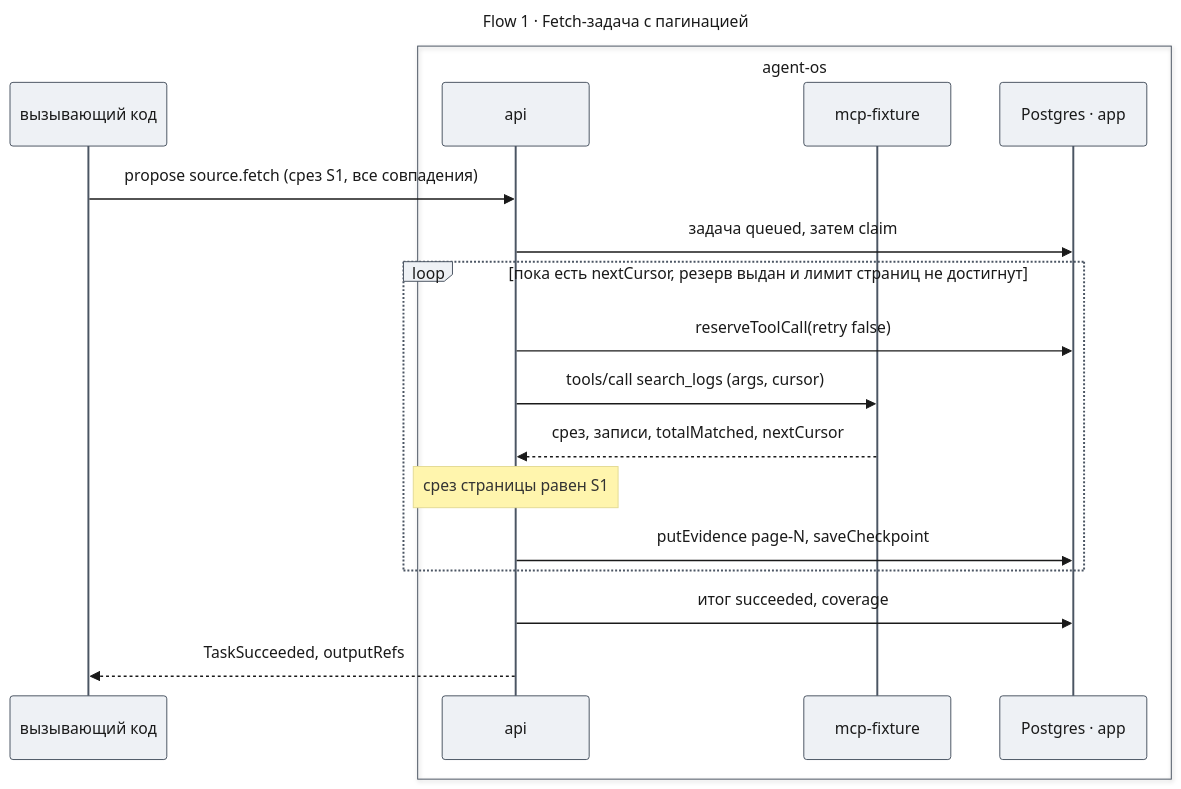
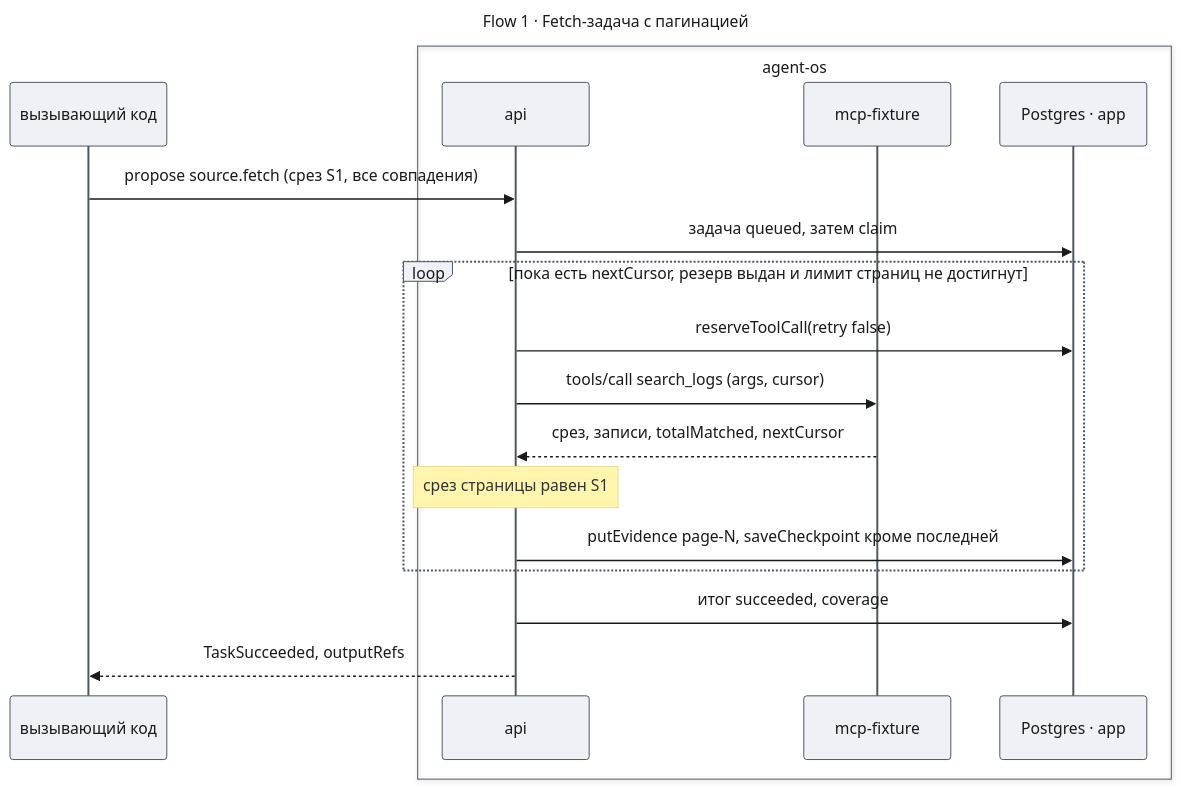
The fourth of 8 diagrams in docs/features/research-runtime/design-mcp-source.md (tundraray/agent-os), drawn with Mermaid before and after one commit. The commit also changed other lines of this file, not shown here.

````diff
--- a/docs/features/research-runtime/design-mcp-source.md
+++ b/docs/features/research-runtime/design-mcp-source.md
@@ -358,42 +359,42 @@
 ```mermaid
 ---
 title: "Flow 1 · Fetch-задача с пагинацией"
 config:
   theme: base
   look: classic
   themeVariables:
     primaryColor: "#eef1f5"
     primaryBorderColor: "#4b5563"
     primaryTextColor: "#1a1a1a"
     lineColor: "#6b7280"
   themeCSS: |
     @keyframes lit_m1{0%,11.25%{stroke:#991b1b;stroke-width:4px}12.5%,100%{stroke:#37474f;stroke-width:2px}}
     @keyframes litr_m1{0%,11.25%{stroke:#1d4ed8;stroke-width:4px}12.5%,100%{stroke:#37474f;stroke-width:2px}}
     .messageLine0[data-id='i0']{animation:lit_m1 9.6s linear 0s infinite}
     .messageLine0[data-id='i1']{animation:lit_m1 9.6s linear 1.2s infinite}
     .messageLine0[data-id='i3']{animation:lit_m1 9.6s linear 2.4s infinite}
     .messageLine0[data-id='i4']{animation:litr_m1 9.6s linear 3.6s infinite}
     .messageLine1[data-id='i5']{animation:litr_m1 9.6s linear 4.8s infinite}
     .messageLine0[data-id='i7']{animation:lit_m1 9.6s linear 6s infinite}
     .messageLine0[data-id='i9']{animation:lit_m1 9.6s linear 7.2s infinite}
     .messageLine1[data-id='i10']{animation:litr_m1 9.6s linear 8.4s infinite}
 ---
 sequenceDiagram
     participant C as вызывающий код
     box agent-os
     participant A as api
     participant F as mcp-fixture
     participant P as Postgres · app
     end
     C->>A: propose source.fetch (срез S1, все совпадения)
     A->>P: задача queued, затем claim
     loop пока есть nextCursor, резерв выдан и лимит страниц не достигнут
         A->>P: reserveToolCall(retry false)
         A->>F: tools/call search_logs (args, cursor)
         F-->>A: срез, записи, totalMatched, nextCursor
         Note over A: срез страницы равен S1
-        A->>P: putEvidence page-N, saveCheckpoint
+        A->>P: putEvidence page-N, saveCheckpoint кроме последней
     end
     A->>P: итог succeeded, coverage
     A-->>C: TaskSucceeded, outputRefs
 ```
````
